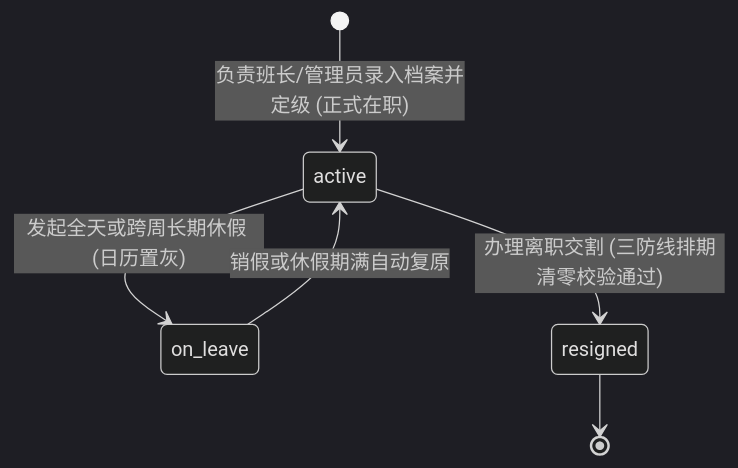
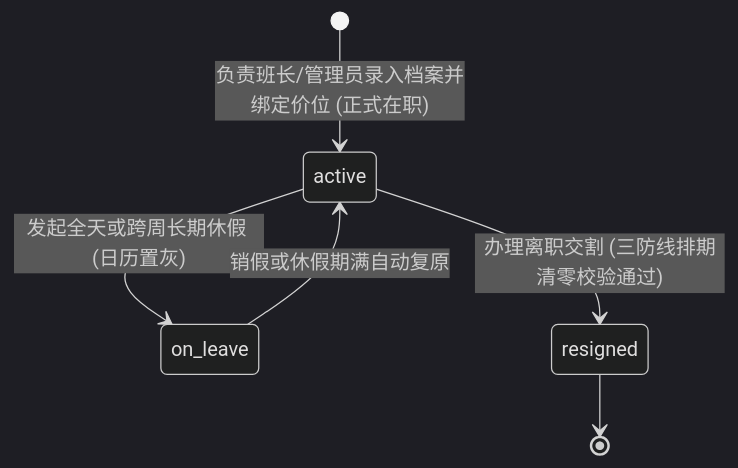
Before and after one commit to Onezao/dream: the seventh of 7 diagrams in docs/prd/m1b_teacher_profile.md, drawn with Mermaid (dark theme). The commit also changed other lines of this file and 31 other files, not shown here.

Commit message:
docs(prd,prototype): unify price tier terminology, align M0 reuse rules, and refine M3A/M3D scheduling flows

````diff
--- a/docs/prd/m1b_teacher_profile.md
+++ b/docs/prd/m1b_teacher_profile.md
@@ -202,8 +201,8 @@
 ```mermaid
 stateDiagram-v2
-    [*] --> active: 负责班长/管理员录入档案并定级 (正式在职)
+    [*] --> active: 负责班长/管理员录入档案并绑定价位 (正式在职)
     active --> on_leave: 发起全天或跨周长期休假 (日历置灰)
     on_leave --> active: 销假或休假期满自动复原
     active --> resigned: 办理离职交割 (三防线排期清零校验通过)
     resigned --> [*]
 ```
````
